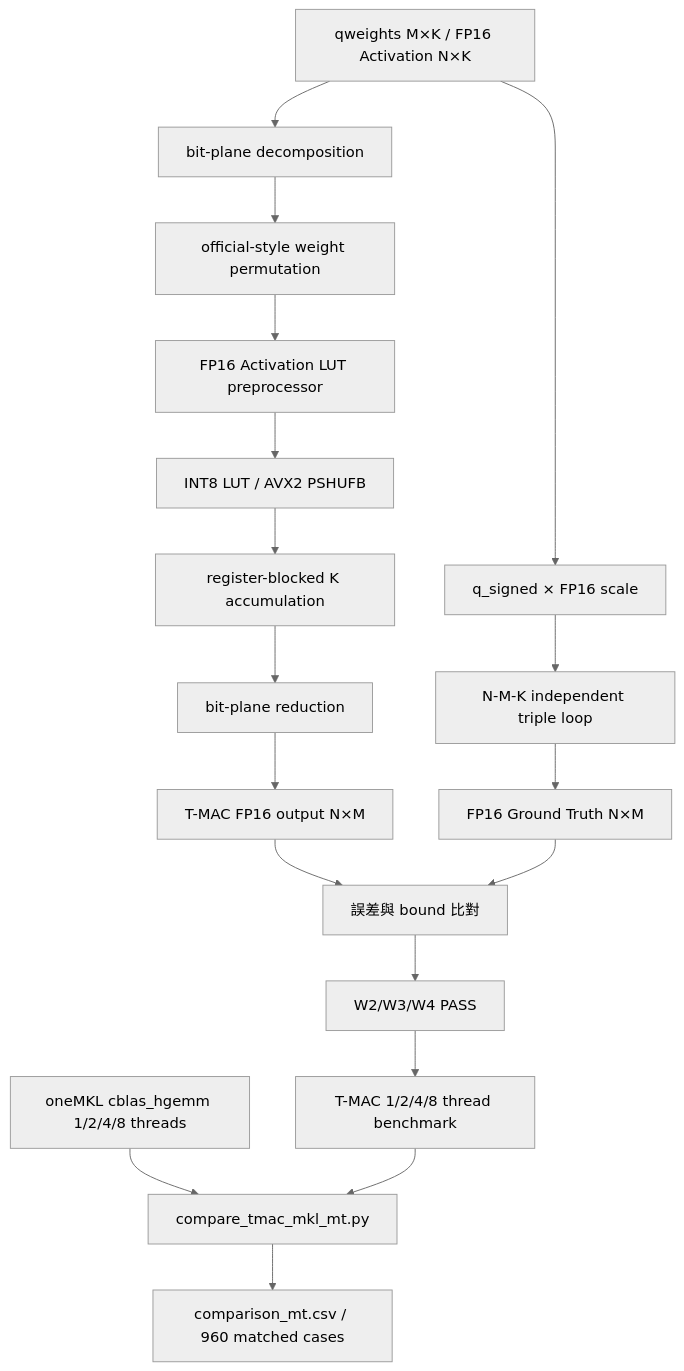
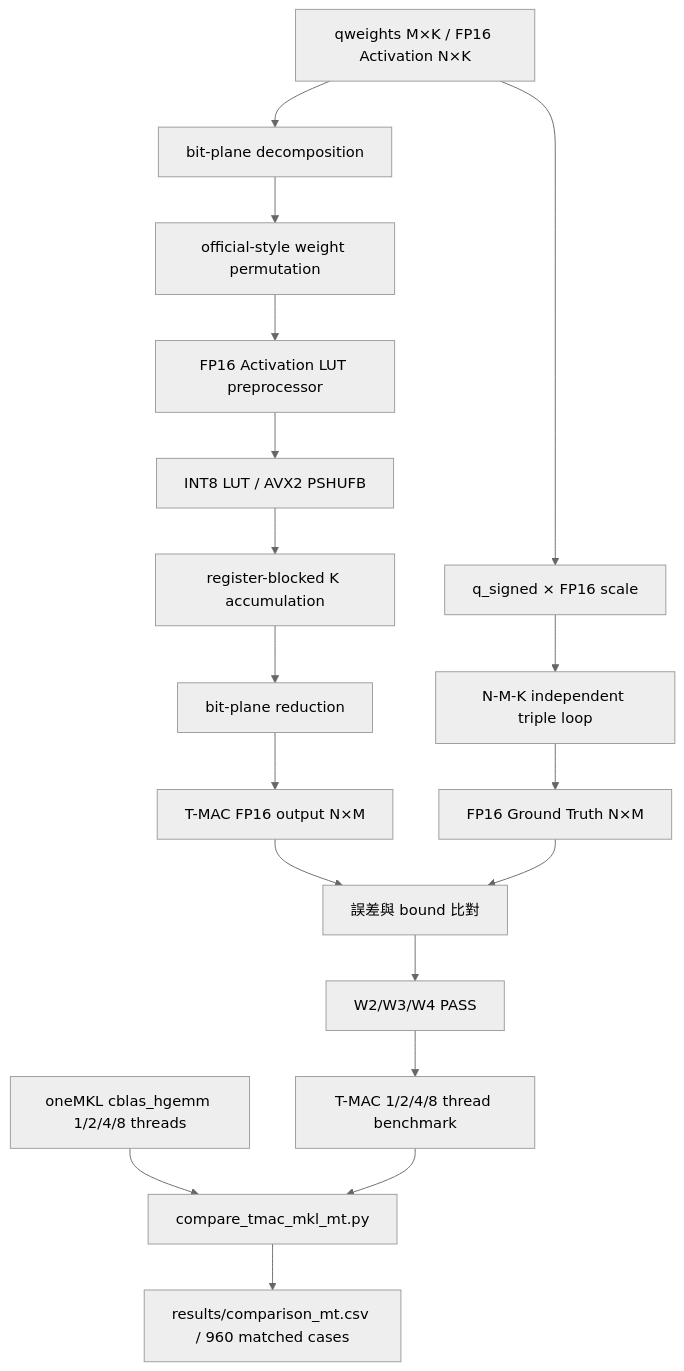
The diagram in x86_GEMM/README.md (HYHwilliam/MKL-becnhmark-and-T-MAC-benchmark), drawn with Mermaid (neutral theme) before and after one commit. The commit also changed other lines of this file and 7 other files, not shown here.

````diff
--- a/x86_GEMM/README.md
+++ b/x86_GEMM/README.md
@@ -496,22 +500,22 @@
 ```mermaid
 graph TD
     A[qweights M×K / FP16 Activation N×K] --> B[bit-plane decomposition]
     B --> C[official-style weight permutation]
     C --> D[FP16 Activation LUT preprocessor]
     D --> E[INT8 LUT / AVX2 PSHUFB]
     E --> F[register-blocked K accumulation]
     F --> G[bit-plane reduction]
     G --> H[T-MAC FP16 output N×M]
 
     A --> I[q_signed × FP16 scale]
     I --> J[N-M-K independent triple loop]
     J --> K[FP16 Ground Truth N×M]
     H --> L[誤差與 bound 比對]
     K --> L
     L --> M[W2/W3/W4 PASS]
 
     M --> N[T-MAC 1/2/4/8 thread benchmark]
     O[oneMKL cblas_hgemm 1/2/4/8 threads] --> P[compare_tmac_mkl_mt.py]
     N --> P
-    P --> Q[comparison_mt.csv / 960 matched cases]
+    P --> Q[results/comparison_mt.csv / 960 matched cases]
 ```
````
